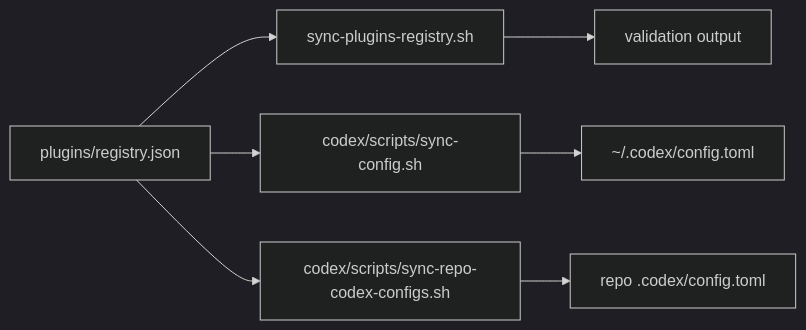
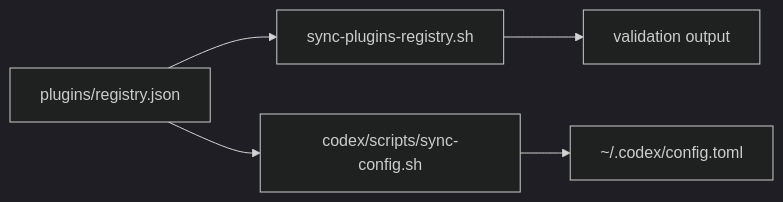
One commit to wisdom-in-a-nutshell/.agents changed the diagram in docs/references/plugins-registry.md. Above: the diagram before and after it, drawn with Mermaid (dark theme). The commit also changed other lines of this file and 11 other files, not shown here.

````diff
--- a/docs/references/plugins-registry.md
+++ b/docs/references/plugins-registry.md
@@ -15,9 +14,7 @@
 ```mermaid
 flowchart LR
     A[plugins/registry.json] --> B[sync-plugins-registry.sh]
     A --> C[codex/scripts/sync-config.sh]
-    A --> F[codex/scripts/sync-repo-codex-configs.sh]
     B --> D[validation output]
     C --> E[~/.codex/config.toml]
-    F --> G[repo .codex/config.toml]
 ```
````
